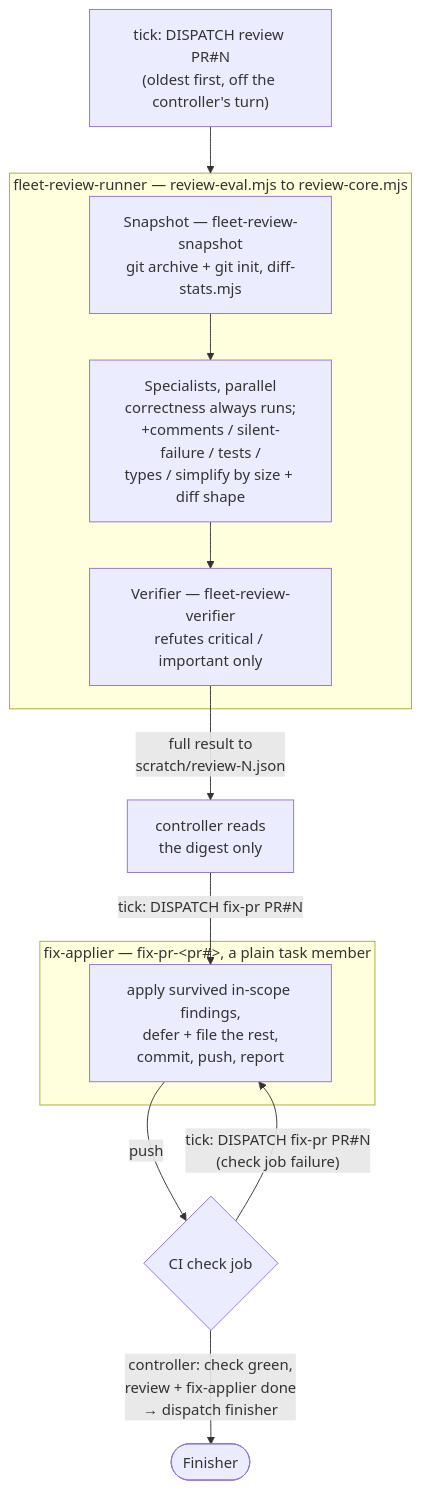
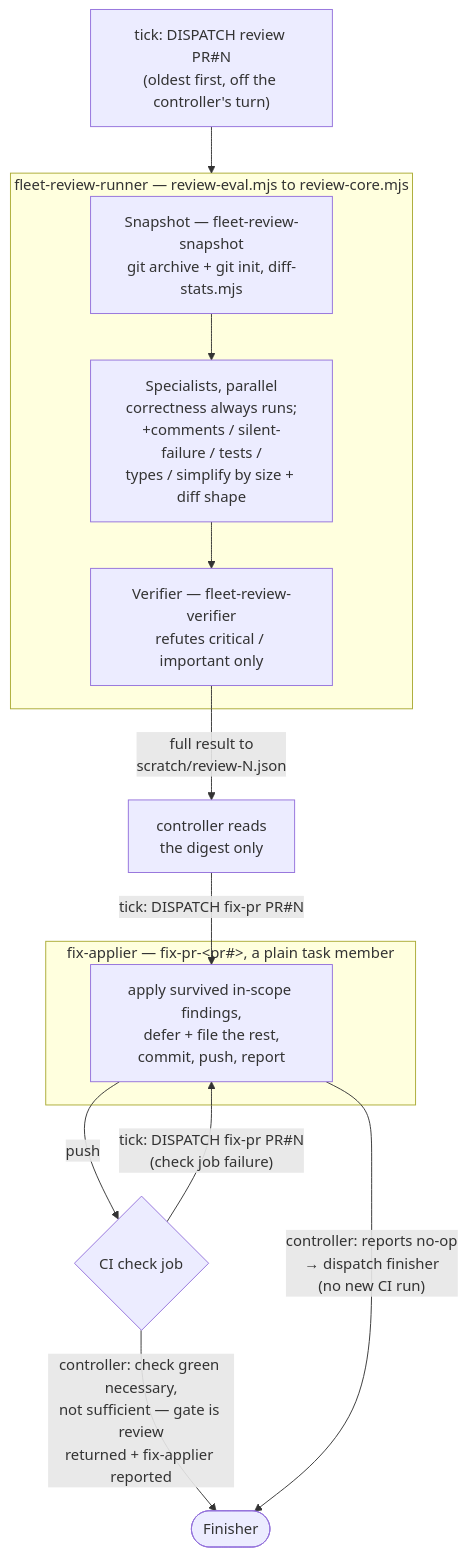
One commit to feigi/fleet-plugin changed the diagram in docs/components/reviewer.md. Above: the diagram before and after it, drawn with Mermaid. The commit also changed other lines of this file and 4 other files, not shown here.

````diff
--- a/docs/components/reviewer.md
+++ b/docs/components/reviewer.md
@@ -45,22 +48,23 @@
 ```mermaid
 flowchart TD
     DISPATCH["tick: DISPATCH review PR#N<br/>(oldest first, off the controller's turn)"] --> RUNNER
 
     subgraph RUNNER["fleet-review-runner — review-eval.mjs to review-core.mjs"]
         SNAP["Snapshot — fleet-review-snapshot<br/>git archive + git init, diff-stats.mjs"]
         SPEC["Specialists, parallel<br/>correctness always runs;<br/>+comments / silent-failure / tests /<br/>types / simplify by size + diff shape"]
         VERI["Verifier — fleet-review-verifier<br/>refutes critical / important only"]
         SNAP --> SPEC --> VERI
     end
 
     VERI -->|"full result to<br/>scratch/review-N.json"| CTRL["controller reads<br/>the digest only"]
     CTRL -->|"tick: DISPATCH fix-pr PR#N"| FIX
 
     subgraph FIXSUB["fix-applier — fix-pr-&lt;pr#&gt;, a plain task member"]
         FIX["apply survived in-scope findings,<br/>defer + file the rest,<br/>commit, push, report"]
     end
 
     FIX -->|"push"| CIJOB{"CI check job"}
     CIJOB -->|"tick: DISPATCH fix-pr PR#N<br/>(check job failure)"| FIX
-    CIJOB -->|"controller: check green,<br/>review + fix-applier done<br/>→ dispatch finisher"| FINISH(["Finisher"])
+    CIJOB -->|"controller: check green necessary,<br/>not sufficient — gate is review<br/>returned + fix-applier reported"| FINISH(["Finisher"])
+    FIX -->|"controller: reports no-op<br/>→ dispatch finisher<br/>(no new CI run)"| FINISH
 ```
````
